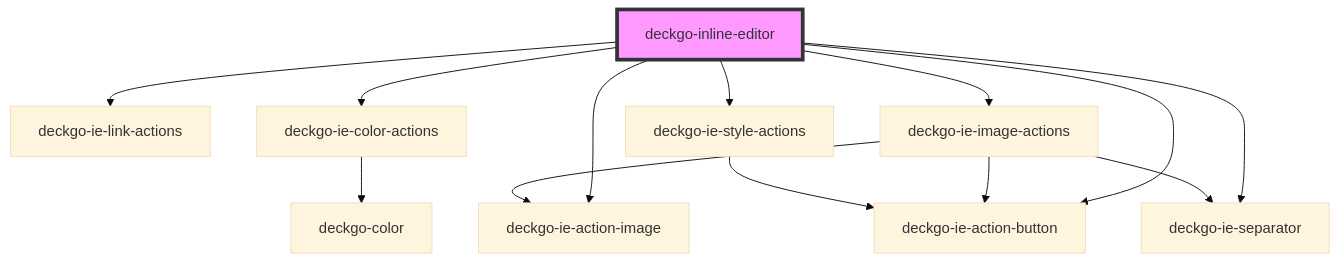
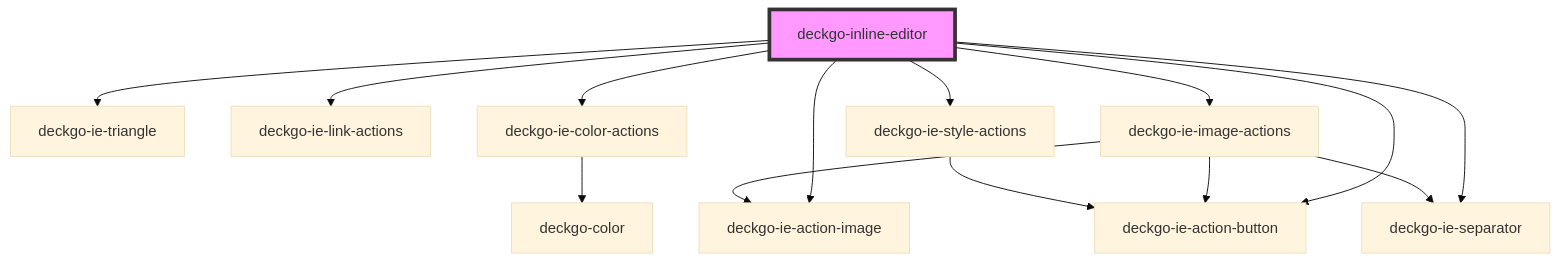
Before and after one commit to deckgo/deckdeckgo: the diagram in webcomponents/inline-editor/src/components/inline-editor/readme.md, drawn with Mermaid (base theme). The commit also changed other lines of this file and 1 other file, not shown here.

Commit message:
feat: add offline support to landing introduction

````diff
--- a/webcomponents/inline-editor/src/components/inline-editor/readme.md
+++ b/webcomponents/inline-editor/src/components/inline-editor/readme.md
@@ -53,16 +54,17 @@
 ```mermaid
 graph TD;
   deckgo-inline-editor --> deckgo-ie-action-button
   deckgo-inline-editor --> deckgo-ie-action-image
+  deckgo-inline-editor --> deckgo-ie-triangle
   deckgo-inline-editor --> deckgo-ie-link-actions
   deckgo-inline-editor --> deckgo-ie-color-actions
   deckgo-inline-editor --> deckgo-ie-image-actions
   deckgo-inline-editor --> deckgo-ie-style-actions
   deckgo-inline-editor --> deckgo-ie-separator
   deckgo-ie-color-actions --> deckgo-color
   deckgo-ie-image-actions --> deckgo-ie-action-button
   deckgo-ie-image-actions --> deckgo-ie-action-image
   deckgo-ie-image-actions --> deckgo-ie-separator
   deckgo-ie-style-actions --> deckgo-ie-action-button
   style deckgo-inline-editor fill:#f9f,stroke:#333,stroke-width:4px
 ```
````
